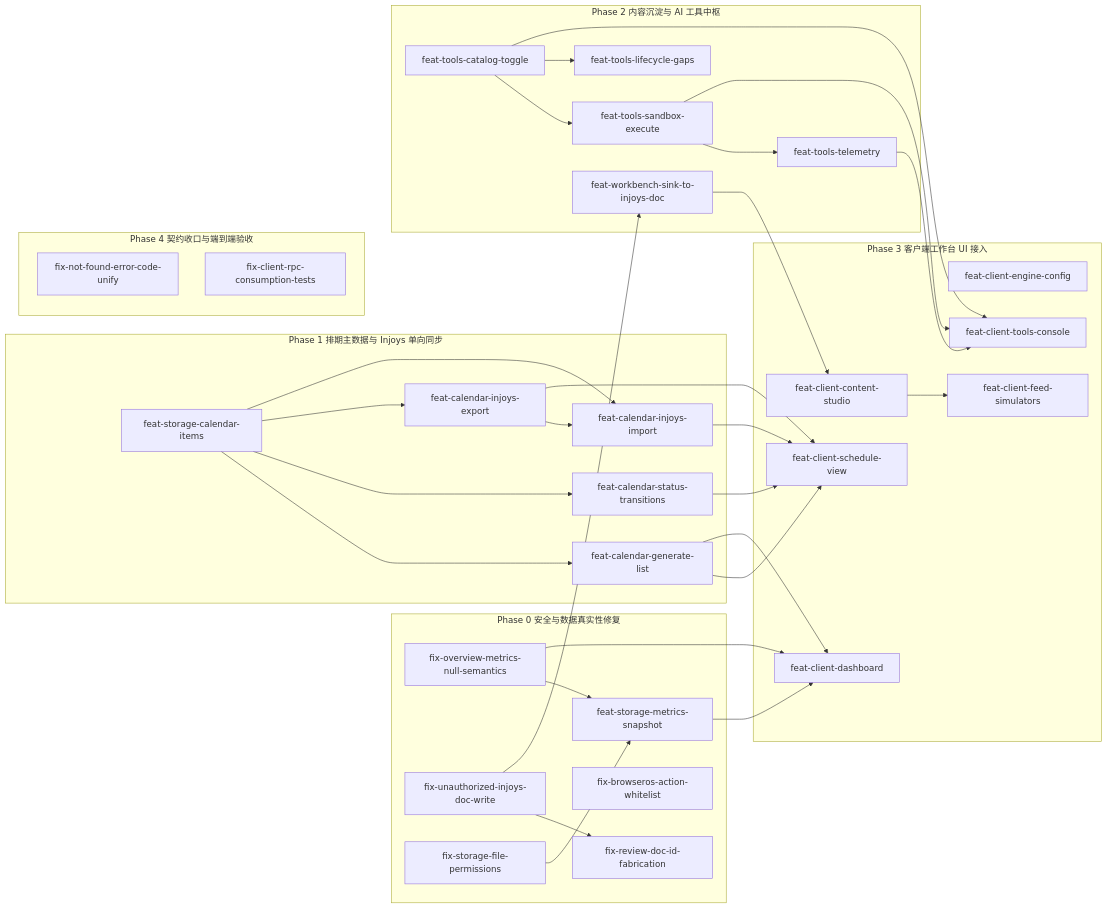
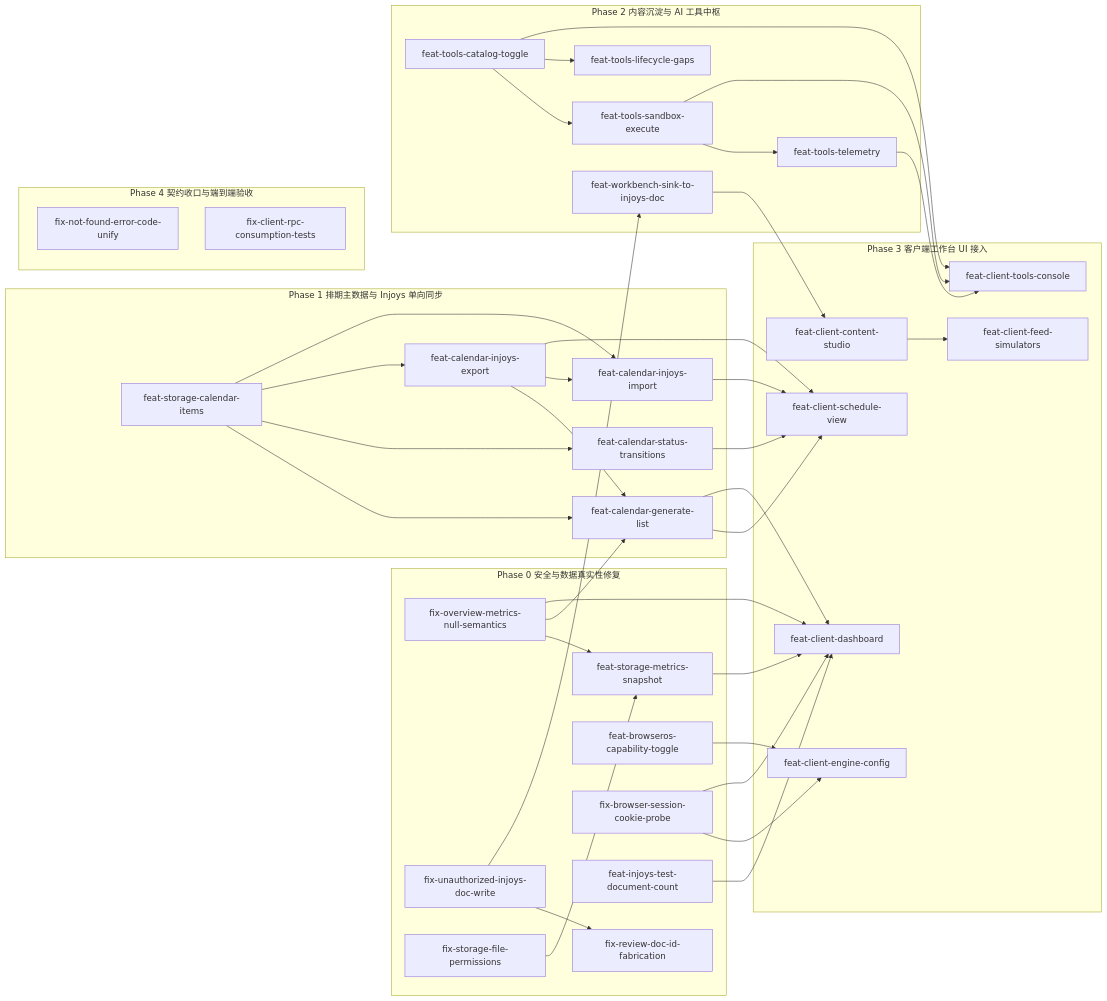
Before and after one commit to InJoysAI/dsh-growth-studio: the diagram in openspec/proposal-roadmap.md, drawn with Mermaid. The commit also changed other lines of this file and 6 other files, not shown here.

Commit message:
refactor: update proposal roadmaps and context sync manifest based on latest architecture context

````diff
--- a/openspec/proposal-roadmap.md
+++ b/openspec/proposal-roadmap.md
@@ -55,65 +56,73 @@
 ```mermaid
 graph LR
     subgraph P0["Phase 0 安全与数据真实性修复"]
         A1["fix-overview-metrics-null-semantics"]
         A2["feat-storage-metrics-snapshot"]
         A3["fix-unauthorized-injoys-doc-write"]
         A4["fix-review-doc-id-fabrication"]
-        A5["fix-browseros-action-whitelist"]
-        A6["fix-storage-file-permissions"]
+        A5["feat-browseros-capability-toggle"]
+        A6["fix-browser-session-cookie-probe"]
+        A7["fix-storage-file-permissions"]
+        A8["feat-injoys-test-document-count"]
     end
     subgraph P1["Phase 1 排期主数据与 Injoys 单向同步"]
         B1["feat-storage-calendar-items"]
         B2["feat-calendar-generate-list"]
         B3["feat-calendar-status-transitions"]
         B4["feat-calendar-injoys-export"]
         B5["feat-calendar-injoys-import"]
     end
     subgraph P2["Phase 2 内容沉淀与 AI 工具中枢"]
         C1["feat-workbench-sink-to-injoys-doc"]
         C2["feat-tools-catalog-toggle"]
         C3["feat-tools-sandbox-execute"]
         C4["feat-tools-telemetry"]
         C5["feat-tools-lifecycle-gaps"]
     end
     subgraph P3["Phase 3 客户端工作台 UI 接入"]
         D1["feat-client-engine-config"]
         D2["feat-client-dashboard"]
         D3["feat-client-content-studio"]
         D4["feat-client-feed-simulators"]
         D5["feat-client-schedule-view"]
         D6["feat-client-tools-console"]
     end
     subgraph P4["Phase 4 契约收口与端到端验收"]
         E1["fix-not-found-error-code-unify"]
         E2["fix-client-rpc-consumption-tests"]
     end
 
     A1 --> A2
-    A6 --> A2
+    A7 --> A2
+    A1 --> B2
     A1 --> D2
     A2 --> D2
     A3 --> A4
     A3 --> C1
+    A5 --> D1
+    A6 --> D1
+    A6 --> D2
+    A8 --> D2
 
     B1 --> B2
     B1 --> B3
     B1 --> B4
+    B4 --> B2
     B4 --> B5
     B1 --> B5
     B2 --> D5
     B2 --> D2
     B3 --> D5
     B4 --> D5
     B5 --> D5
 
     C1 --> D3
     C2 --> C3
     C2 --> C5
     C2 --> D6
     C3 --> C4
     C3 --> D6
     C4 --> D6
 
     D3 --> D4
 ```
````
